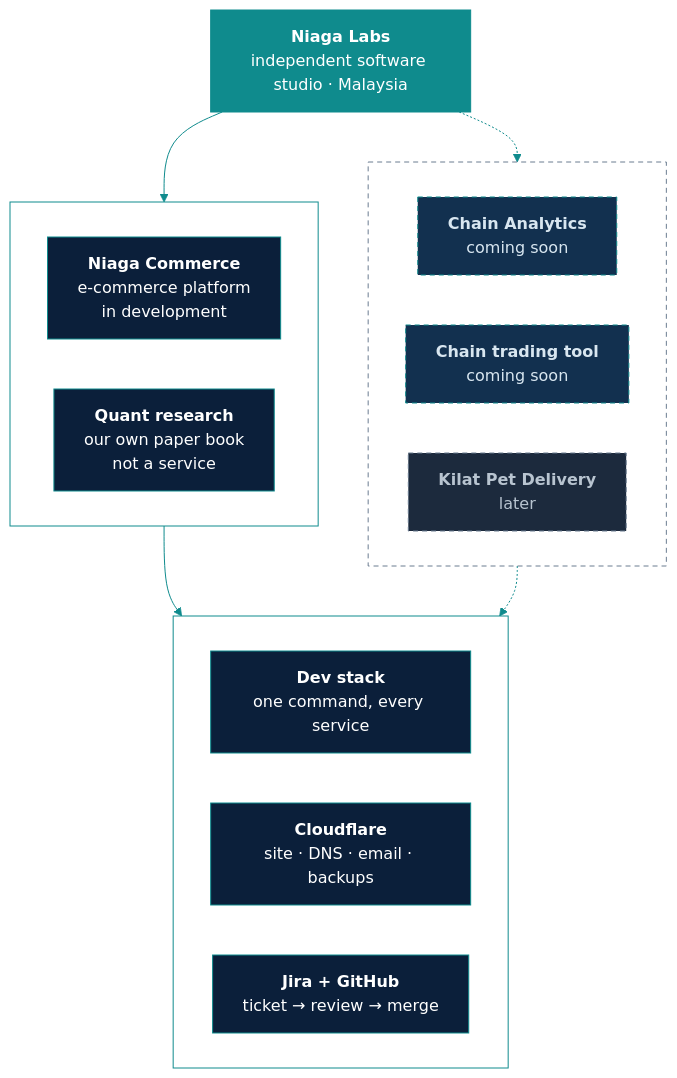
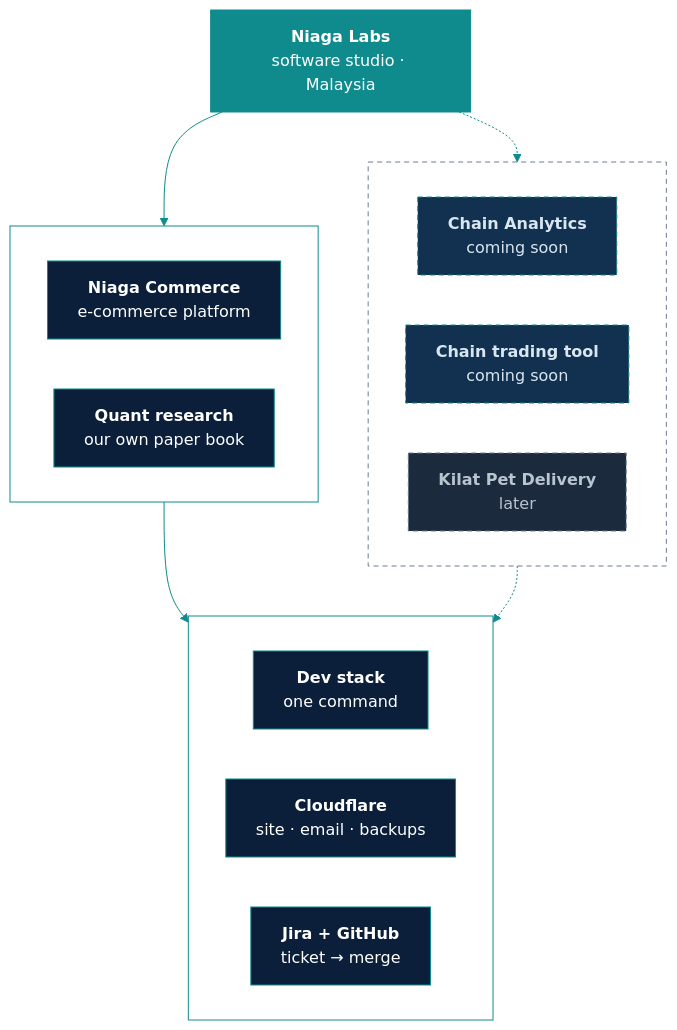
Before and after one commit to niaga-labs/.github: the first of 3 diagrams in profile/README.md, drawn with Mermaid. The commit also changed other lines of this file, not shown here.

Commit message:
docs(profile): HQ-123 the diagrams stop clipping their labels and the company map lays out in rows
GitHub's Mermaid measured the labels with its own font and drew them with the fontFamily
override, so "Shopee", "NATS JetStream" and the bold titles were cut off. The override is
gone. The company map's groups used direction LR; nodes with no links between them then all
share one rank and stack vertically, and the nested layout hid the group titles. They now
use the default direction, which puts each group's nodes in one row.

Claude-Session: https://claude.ai/code/session_019M7n744ZmSgPKoDNNfxG74

````diff
--- a/profile/README.md
+++ b/profile/README.md
@@ -54,40 +54,37 @@
 ```mermaid
-%%{init: {"theme": "base", "themeVariables": {"primaryColor": "#0B1F3A", "primaryTextColor": "#FFFFFF", "nodeTextColor": "#FFFFFF", "primaryBorderColor": "#0F8B8D", "lineColor": "#0F8B8D", "titleColor": "#0F8B8D", "textColor": "#0F8B8D", "fontFamily": "Segoe UI, Helvetica, Arial, sans-serif"}}}%%
+%%{init: {"theme": "base", "themeVariables": {"primaryColor": "#0B1F3A", "primaryTextColor": "#FFFFFF", "nodeTextColor": "#FFFFFF", "primaryBorderColor": "#0F8B8D", "lineColor": "#0F8B8D", "titleColor": "#0F8B8D", "textColor": "#0F8B8D"}}}%%
 flowchart TB
-    NL["<b>Niaga Labs</b><br/>independent software studio · Malaysia"]
+    NL["<b>Niaga Labs</b><br/>software studio · Malaysia"]
 
     subgraph NOW["Building now"]
-        direction LR
-        COM["<b>Niaga Commerce</b><br/>e-commerce platform<br/>in development"]
-        QNT["<b>Quant research</b><br/>our own paper book<br/>not a service"]
+        COM["<b>Niaga Commerce</b><br/>e-commerce platform"]
+        QNT["<b>Quant research</b><br/>our own paper book"]
     end
 
     subgraph NEXT["Next, one at a time"]
-        direction LR
         CA["<b>Chain Analytics</b><br/>coming soon"]
         CT["<b>Chain trading tool</b><br/>coming soon"]
         KPD["<b>Kilat Pet Delivery</b><br/>later"]
     end
 
     subgraph PLAT["Shared platform"]
-        direction LR
-        STACK["<b>Dev stack</b><br/>one command, every service"]
-        CF["<b>Cloudflare</b><br/>site · DNS · email · backups"]
-        FLOW["<b>Jira + GitHub</b><br/>ticket → review → merge"]
+        STACK["<b>Dev stack</b><br/>one command"]
+        CF["<b>Cloudflare</b><br/>site · email · backups"]
+        FLOW["<b>Jira + GitHub</b><br/>ticket → merge"]
     end
 
     NL --> NOW
     NL -.-> NEXT
     NOW --> PLAT
     NEXT -.-> PLAT
 
     classDef root fill:#0F8B8D,stroke:#0F8B8D,color:#FFFFFF
     classDef soon fill:#12304F,stroke:#0F8B8D,stroke-dasharray:5 4,color:#D8E6F0
     classDef later fill:#1C2A3D,stroke:#6B7C90,stroke-dasharray:5 4,color:#B8C4D0
     class NL root
     class CA,CT soon
     class KPD later
     style NOW fill:none,stroke:#0F8B8D
     style NEXT fill:none,stroke:#6B7C90,stroke-dasharray:5 4
     style PLAT fill:none,stroke:#0F8B8D
 ```
````
